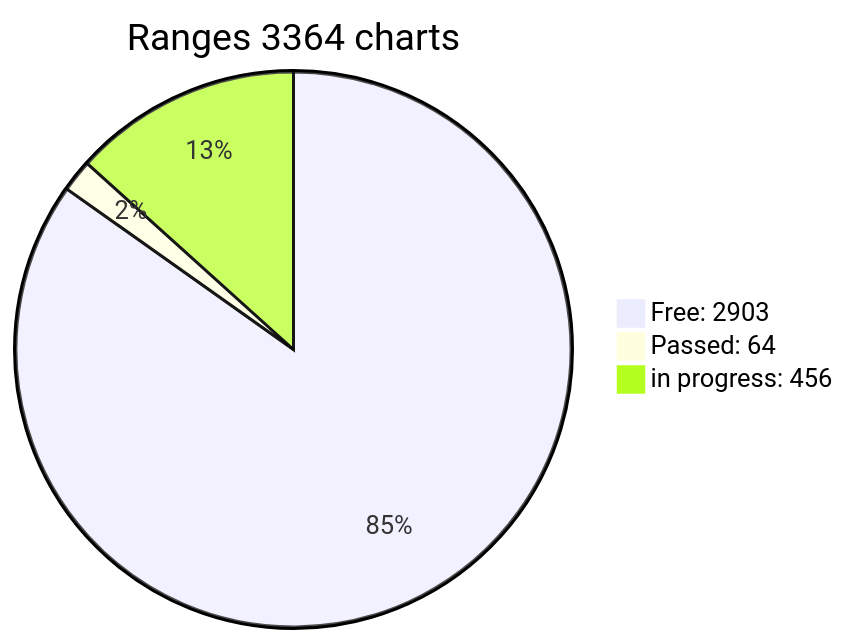
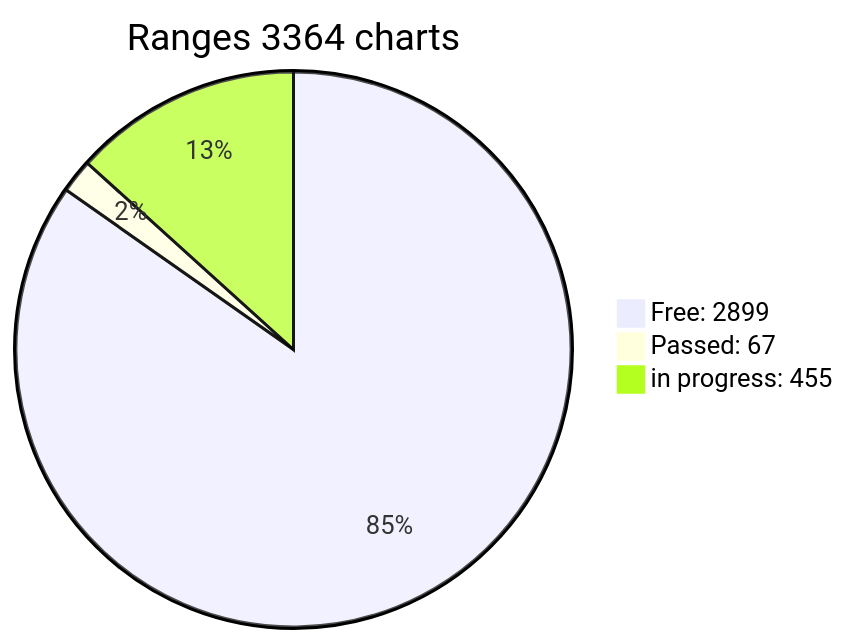
Before and after one commit to phrutis/wif500: the diagram in x64/Release/table.md, drawn with Mermaid. The commit also changed other lines of this file, not shown here.

````diff
--- a/x64/Release/table.md
+++ b/x64/Release/table.md
@@ -3,6 +3,6 @@
 ```mermaid
 pie title Ranges 3364 charts
-"Free: 2903" : 2903
-"Passed: 64" : 64
-"in progress: 456" : 456
+"Free: 2899" : 2899
+"Passed: 67" : 67
+"in progress: 455" : 455
 ```  
````
